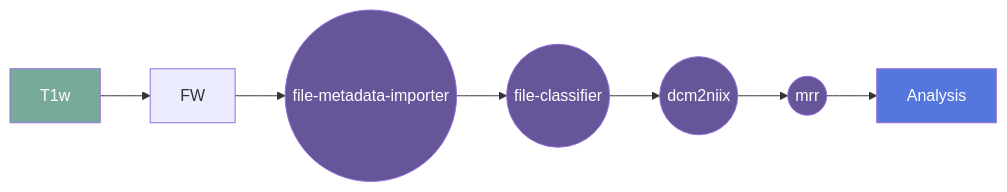
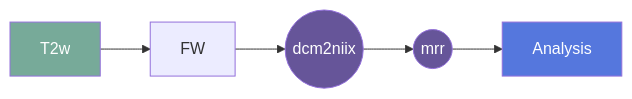
Before and after one commit to UNITY-Physics/fw-minimorph: the diagram in README.md, drawn with Mermaid. The commit also changed other lines of this file and 2 other files, not shown here.

````diff
--- a/README.md
+++ b/README.md
@@ -147,14 +136,12 @@
 ```mermaid
   graph LR;
-    A[T1w]:::input --> FW;
-    FW[FW] --> FMI;
-    FMI((file-metadata-importer)):::gear --> FC;
-    FC((file-classifier)):::gear --> D2N;
+    A[T2w]:::input --> FW;
+    FW[FW] --> D2N;
     D2N((dcm2niix)):::gear --> MRR;
     MRR((mrr)):::gear --> ANA;
     ANA[Analysis]:::container;
     
     classDef container fill:#57d,color:#fff
     classDef input fill:#7a9,color:#fff
     classDef gear fill:#659,color:#fff
 ```
````
